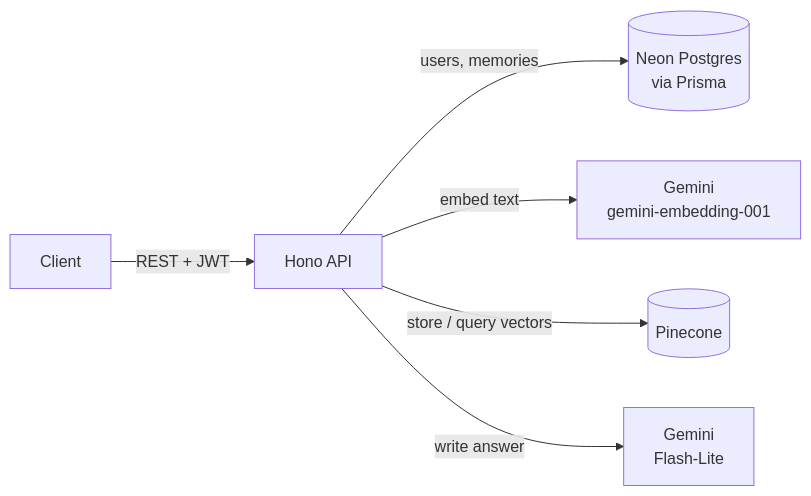
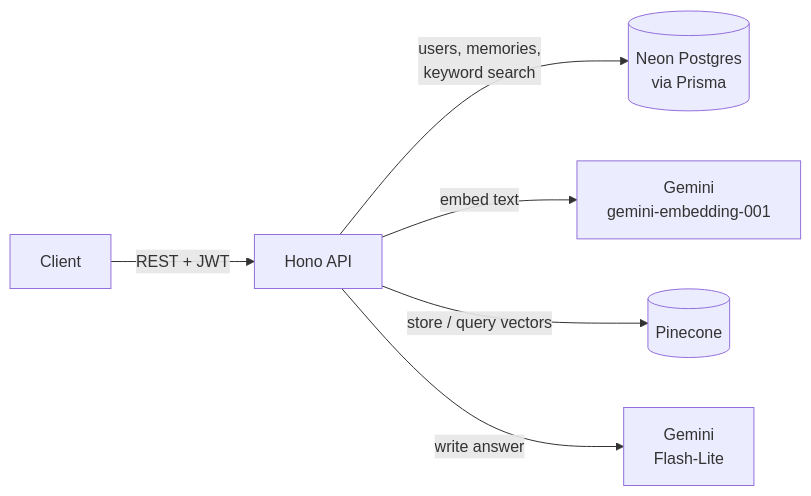
One commit to A-k-S-H-a-Y-K/projectz2 changed the diagram in README.md. Above: the diagram before and after it, drawn with Mermaid. The commit also changed other lines of this file and 6 other files, not shown here.

Commit message:
Add hybrid search combining Pinecone and Postgres full-text results with Reciprocal Rank Fusion

````diff
--- a/README.md
+++ b/README.md
@@ -38,8 +40,8 @@
 ```mermaid
 flowchart LR
     Client -->|REST + JWT| API[Hono API]
-    API -->|users, memories| PG[(Neon Postgres<br/>via Prisma)]
+    API -->|users, memories,<br/>keyword search| PG[(Neon Postgres<br/>via Prisma)]
     API -->|embed text| GE[Gemini<br/>gemini-embedding-001]
     API -->|store / query vectors| PC[(Pinecone)]
     API -->|write answer| GC[Gemini<br/>Flash-Lite]
 ```
````
